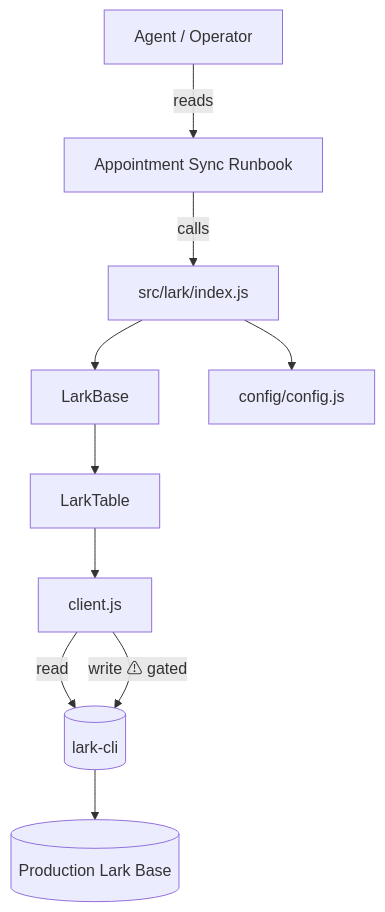
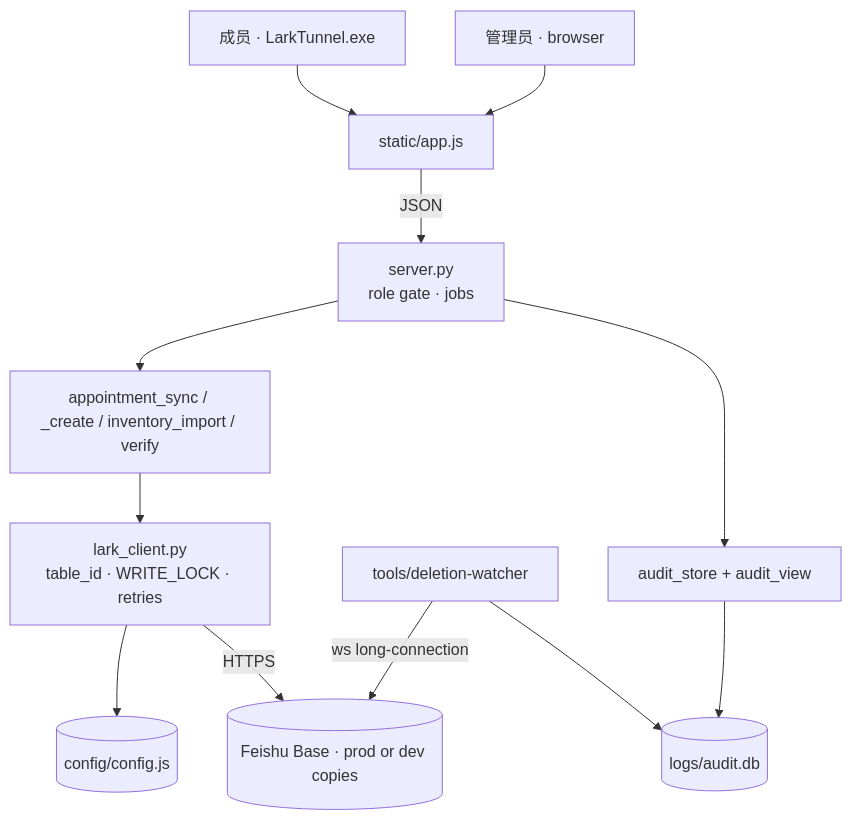
The diagram in docs/20 Architecture/Project Structure.md (amerald9748/LarkTunnel), drawn with Mermaid before and after one commit. The commit also changed other lines of this file and 25 other files, not shown here.

````diff
--- a/docs/20 Architecture/Project Structure.md
+++ b/docs/20 Architecture/Project Structure.md
@@ -31,12 +41,14 @@
 ```mermaid
 flowchart TD
-    A[Agent / Operator] -->|reads| RB[Appointment Sync Runbook]
-    RB -->|calls| IDX[src/lark/index.js]
-    IDX --> LB[LarkBase]
-    IDX --> CFG[config/config.js]
-    LB --> LT[LarkTable]
-    LT --> CL[client.js]
-    CL -->|read| CLI[(lark-cli)]
-    CL -->|write ⚠ gated| CLI
-    CLI --> LARK[(Production Lark Base)]
+    M[成员 · LarkTunnel.exe] --> UI[static/app.js]
+    A[管理员 · browser] --> UI
+    UI -->|JSON| S[server.py<br/>role gate · jobs]
+    S --> SYNC[appointment_sync / _create / inventory_import / verify]
+    S --> AUD[audit_store + audit_view]
+    SYNC --> LC[lark_client.py<br/>table_id · WRITE_LOCK · retries]
+    LC --> CFG[(config/config.js)]
+    LC -->|HTTPS| LARK[(Feishu Base · prod or dev copies)]
+    W[tools/deletion-watcher] -->|ws long-connection| LARK
+    W --> DB[(logs/audit.db)]
+    AUD --> DB
 ```
````
